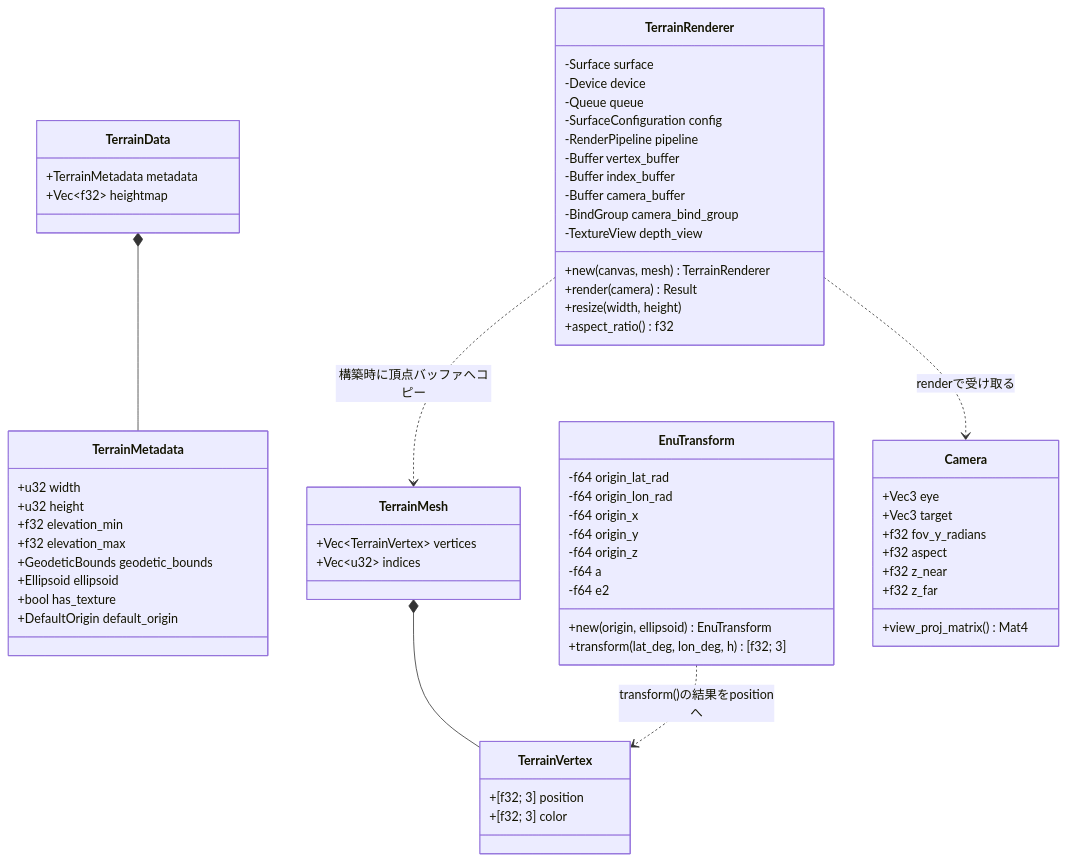
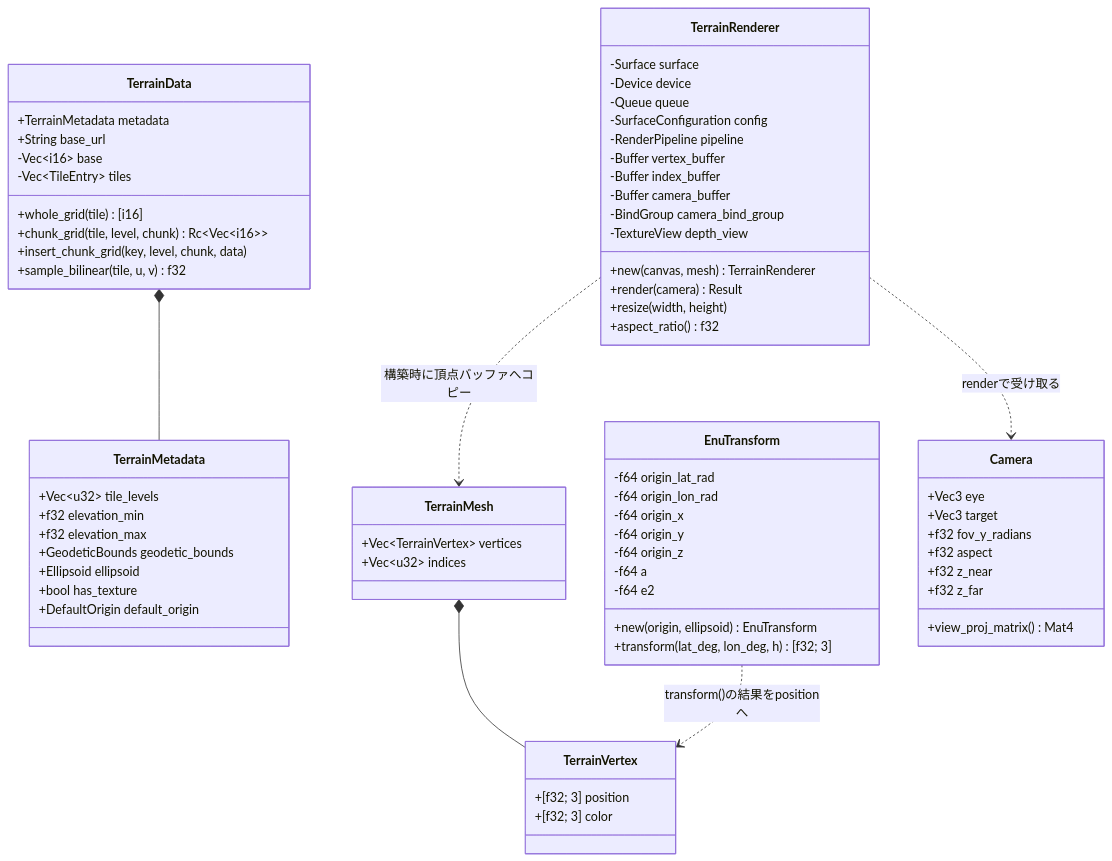
One commit to ham1a6/SimulationView changed diagram 13 of 16 in DETAILED_DESIGN.md. Above: the diagram before and after it, drawn with Mermaid. The commit also changed other lines of this file and 19 other files, not shown here.

````diff
--- a/DETAILED_DESIGN.md
+++ b/DETAILED_DESIGN.md
@@ -812,67 +849,72 @@
 ```mermaid
 classDiagram
     class TerrainMetadata {
-        +u32 width
-        +u32 height
+        +Vec~u32~ tile_levels
         +f32 elevation_min
         +f32 elevation_max
         +GeodeticBounds geodetic_bounds
         +Ellipsoid ellipsoid
         +bool has_texture
         +DefaultOrigin default_origin
     }
     class TerrainData {
         +TerrainMetadata metadata
-        +Vec~f32~ heightmap
+        +String base_url
+        -Vec~i16~ base
+        -Vec~TileEntry~ tiles
+        +whole_grid(tile) [i16]
+        +chunk_grid(tile, level, chunk) Rc~Vec~i16~~
+        +insert_chunk_grid(key, level, chunk, data)
+        +sample_bilinear(tile, u, v) f32
     }
     class EnuTransform {
         -f64 origin_lat_rad
         -f64 origin_lon_rad
         -f64 origin_x
         -f64 origin_y
         -f64 origin_z
         -f64 a
         -f64 e2
         +new(origin, ellipsoid) EnuTransform
         +transform(lat_deg, lon_deg, h) [f32; 3]
     }
     class TerrainVertex {
         +[f32; 3] position
         +[f32; 3] color
     }
     class TerrainMesh {
         +Vec~TerrainVertex~ vertices
         +Vec~u32~ indices
     }
     class Camera {
         +Vec3 eye
         +Vec3 target
         +f32 fov_y_radians
         +f32 aspect
         +f32 z_near
         +f32 z_far
         +view_proj_matrix() Mat4
     }
     class TerrainRenderer {
         -Surface surface
         -Device device
         -Queue queue
         -SurfaceConfiguration config
         -RenderPipeline pipeline
         -Buffer vertex_buffer
         -Buffer index_buffer
         -Buffer camera_buffer
         -BindGroup camera_bind_group
         -TextureView depth_view
         +new(canvas, mesh) TerrainRenderer
         +render(camera) Result
         +resize(width, height)
         +aspect_ratio() f32
     }
 
     TerrainData *-- TerrainMetadata
     TerrainMesh *-- TerrainVertex
     TerrainRenderer ..> TerrainMesh : 構築時に頂点バッファへコピー
     TerrainRenderer ..> Camera : renderで受け取る
     EnuTransform ..> TerrainVertex : transform()の結果をpositionへ
 ```
````
